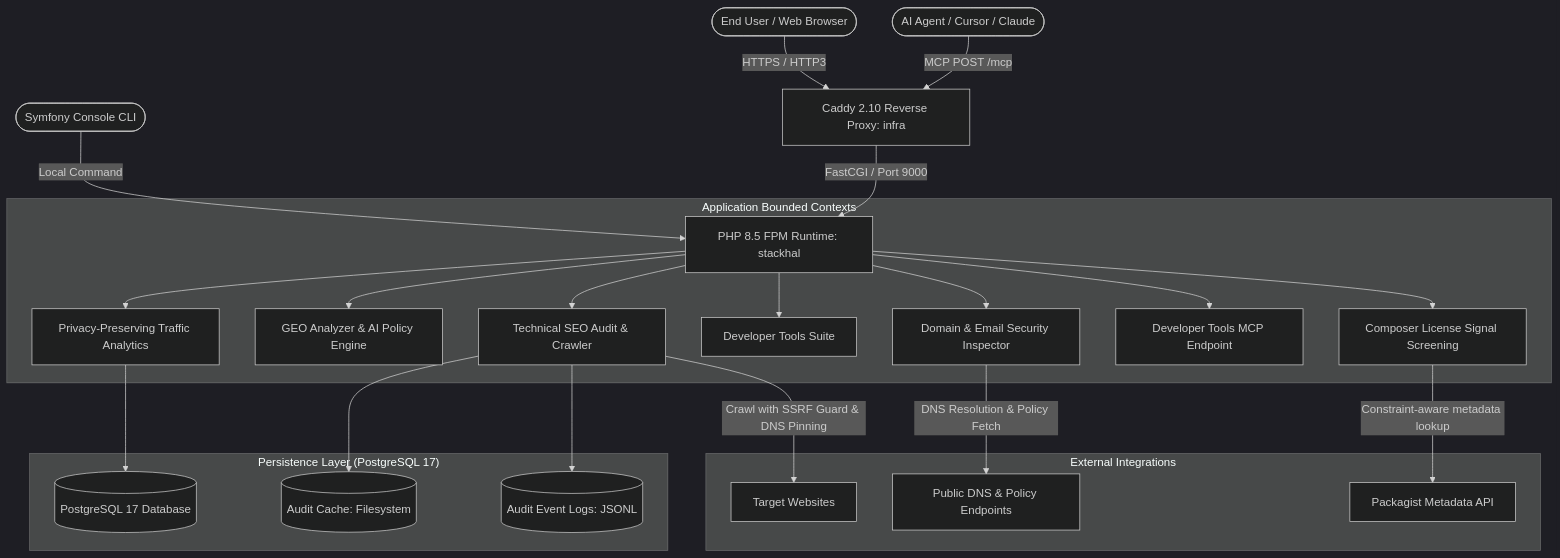
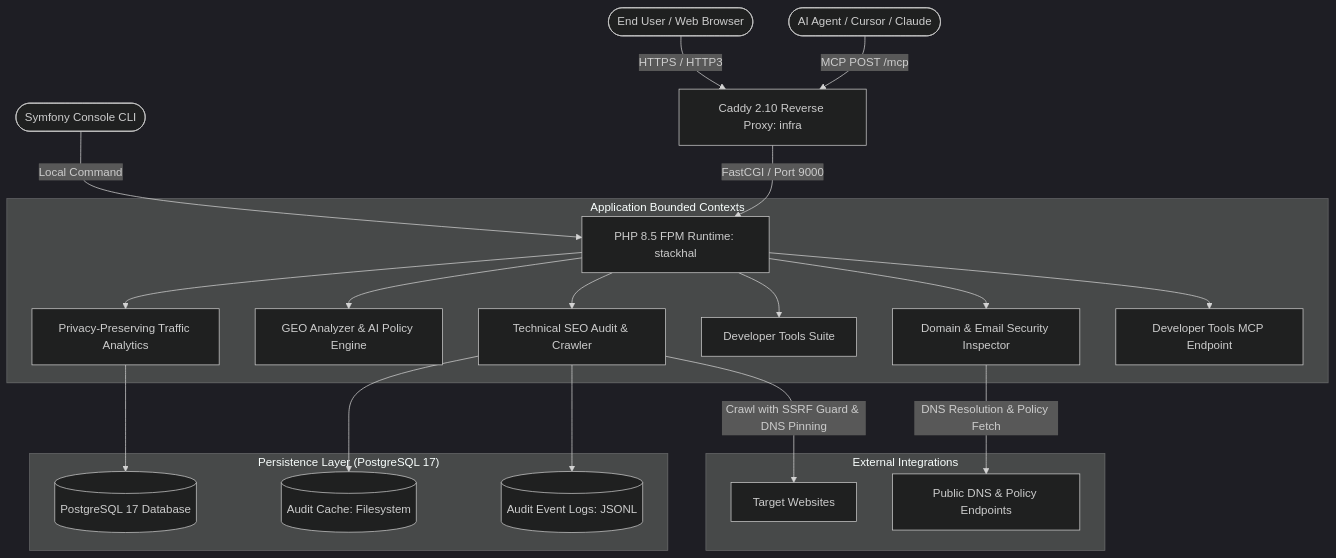
The diagram in ARCHITECTURE.md (bahdanhal/stackhal), drawn with Mermaid (dark theme) before and after one commit. The commit also changed other lines of this file and 35 other files, not shown here.

Commit message:
Remove Composer License Checker tool, backend services, MCP tool, assets, and tests

````diff
--- a/ARCHITECTURE.md
+++ b/ARCHITECTURE.md
@@ -9,30 +9,28 @@
 ```mermaid
 graph TD
     User([End User / Web Browser]) -->|HTTPS / HTTP3| Caddy[Caddy 2.10 Reverse Proxy: infra]
     Agent([AI Agent / Cursor / Claude]) -->|MCP POST /mcp| Caddy
     CLI([Symfony Console CLI]) -->|Local Command| PHP[PHP 8.5 FPM Runtime: stackhal]
 
     Caddy -->|FastCGI / Port 9000| PHP
     
     subgraph "Application Bounded Contexts"
         PHP --> AuditContext[Technical SEO Audit & Crawler]
         PHP --> GeoContext[GEO Analyzer & AI Policy Engine]
         PHP --> DomainInspectorContext[Domain & Email Security Inspector]
         PHP --> DevToolsContext[Developer Tools Suite]
         PHP --> AnalyticsContext[Privacy-Preserving Traffic Analytics]
         PHP --> McpContext[Developer Tools MCP Endpoint]
-        PHP --> ComposerLicenseContext[Composer License Signal Screening]
     end
 
     subgraph "External Integrations"
         AuditContext -->|Crawl with SSRF Guard & DNS Pinning| ExternalWeb[Target Websites]
         DomainInspectorContext -->|DNS Resolution & Policy Fetch| PublicDns[Public DNS & Policy Endpoints]
-        ComposerLicenseContext -->|Constraint-aware metadata lookup| Packagist[Packagist Metadata API]
     end
 
     subgraph "Persistence Layer (PostgreSQL 17)"
         AnalyticsContext --> PostgreSQL[(PostgreSQL 17 Database)]
         AuditContext --> AuditCache[(Audit Cache: Filesystem)]
         AuditContext --> AuditLogs[(Audit Event Logs: JSONL)]
     end
 ```
````
